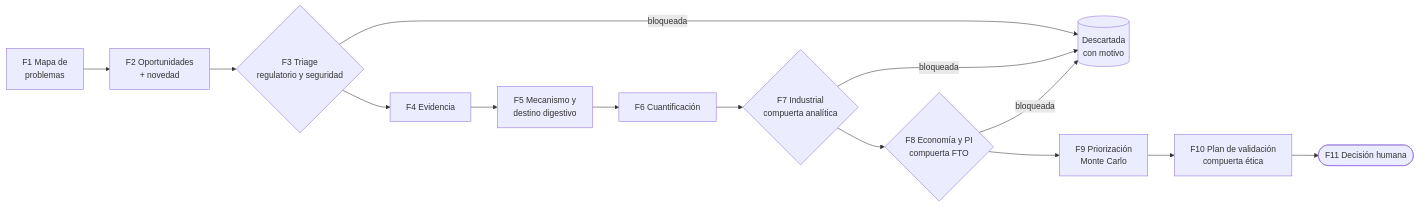
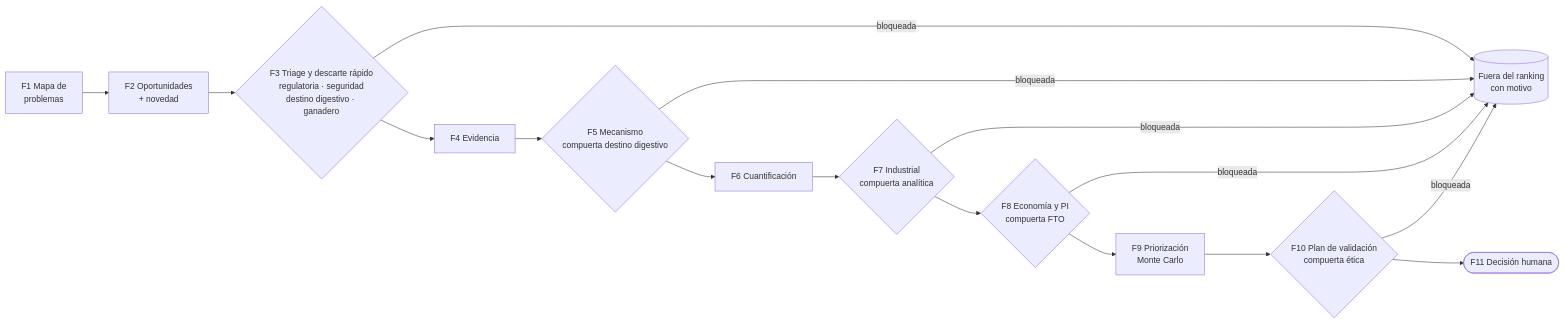
One commit to japi07/nutria changed the second of 3 diagrams in docs/ARQUITECTURA.md. Above: the diagram before and after it, drawn with Mermaid. The commit also changed other lines of this file and 94 other files, not shown here.

````diff
--- a/docs/ARQUITECTURA.md
+++ b/docs/ARQUITECTURA.md
@@ -34,13 +41,15 @@
 ```mermaid
 flowchart LR
     F1[F1 Mapa de<br/>problemas] --> F2[F2 Oportunidades<br/>+ novedad]
-    F2 --> G1{F3 Triage<br/>regulatorio y seguridad}
-    G1 -- bloqueada --> D1[(Descartada<br/>con motivo)]
-    G1 --> F4[F4 Evidencia] --> F5[F5 Mecanismo y<br/>destino digestivo] --> F6[F6 Cuantificación]
+    F2 --> G1{F3 Triage y descarte rápido<br/>regulatoria · seguridad<br/>destino digestivo · ganadero}
+    G1 -- bloqueada --> D1[(Fuera del ranking<br/>con motivo)]
+    G1 --> F4[F4 Evidencia] --> F5{F5 Mecanismo<br/>compuerta destino digestivo} --> F6[F6 Cuantificación]
     F6 --> F7{F7 Industrial<br/>compuerta analítica}
     F7 --> F8{F8 Economía y PI<br/>compuerta FTO}
     F8 --> F9[F9 Priorización<br/>Monte Carlo]
-    F9 --> F10[F10 Plan de validación<br/>compuerta ética] --> F11([F11 Decisión humana])
+    F9 --> F10{F10 Plan de validación<br/>compuerta ética} --> F11([F11 Decisión humana])
+    F5 -- bloqueada --> D1
     F7 -- bloqueada --> D1
     F8 -- bloqueada --> D1
+    F10 -- bloqueada --> D1
 ```
````
